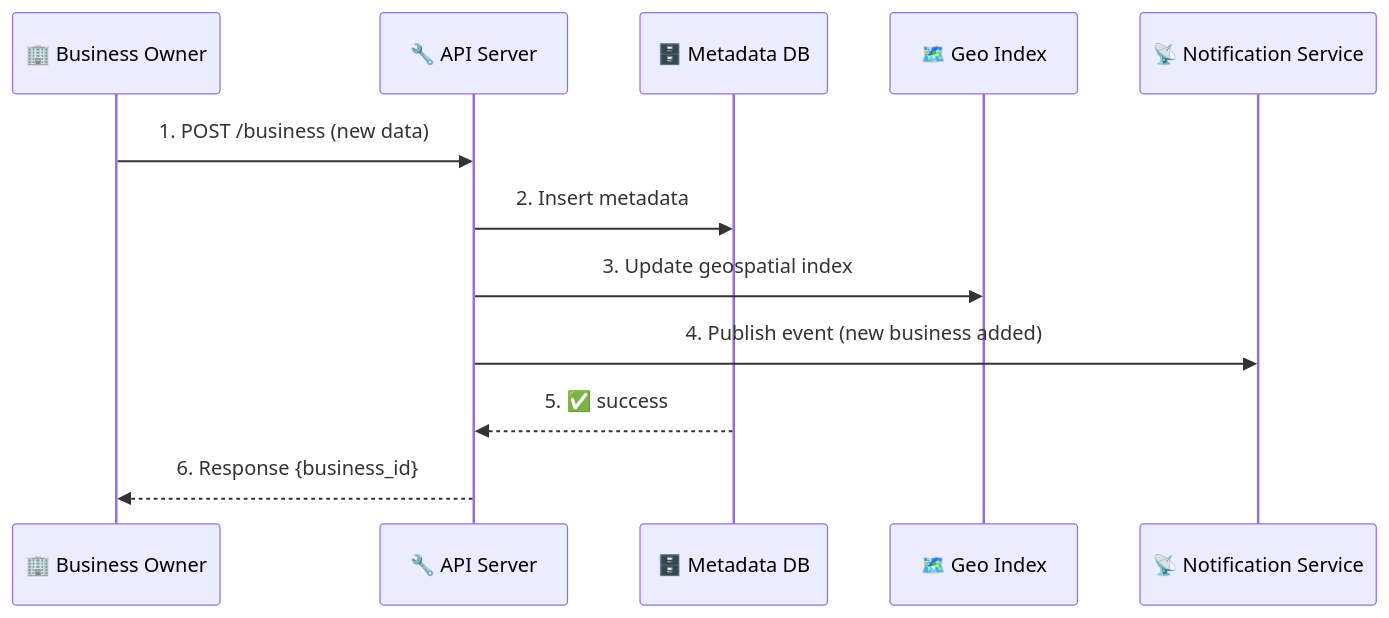
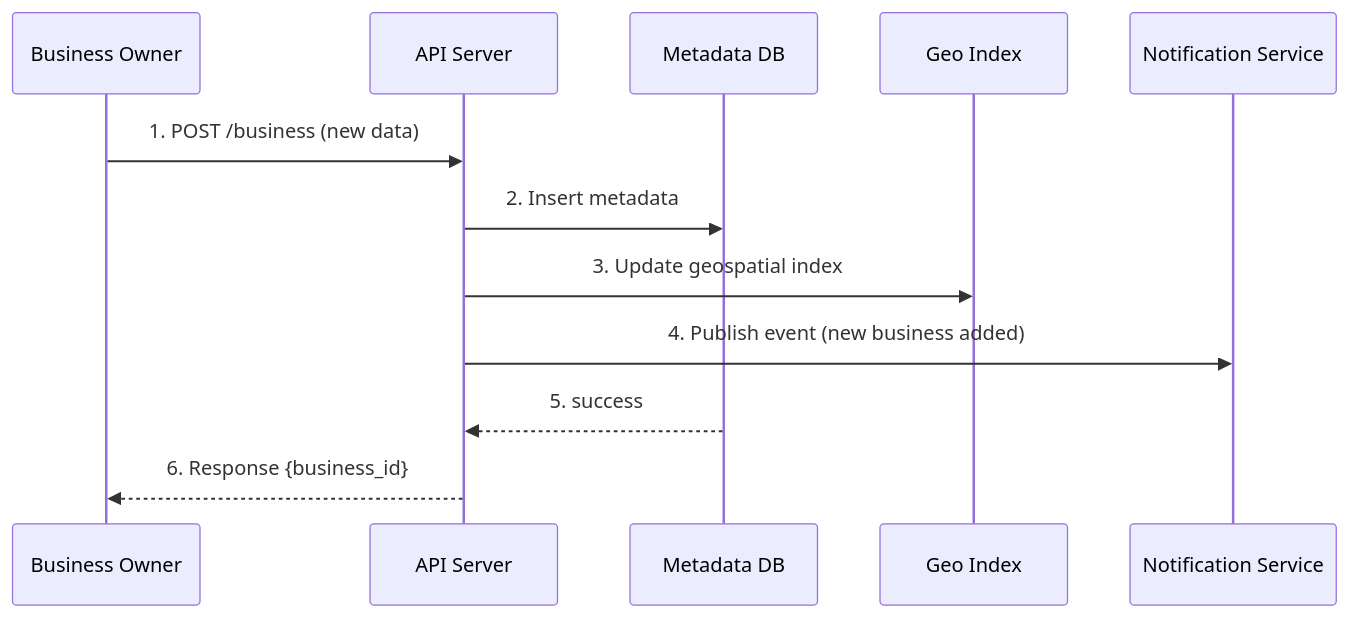
Before and after one commit to NalinDalal/system-design: the third of 6 diagrams in 14.ProximityService.md, drawn with Mermaid. The commit also changed other lines of this file and 1 other file, not shown here.

Commit message:
proximity service

````diff
--- a/14.ProximityService.md
+++ b/14.ProximityService.md
@@ -183,15 +183,15 @@
 ```mermaid
 sequenceDiagram
-    participant BO as 🏢 Business Owner
-    participant API as 🔧 API Server
-    participant DB as 🗄️ Metadata DB
-    participant IDX as 🗺️ Geo Index
-    participant NS as 📡 Notification Service
+    participant BO as  Business Owner
+    participant API as  API Server
+    participant DB as  Metadata DB
+    participant IDX as  Geo Index
+    participant NS as  Notification Service
 
     BO->>API: 1. POST /business (new data)
     API->>DB: 2. Insert metadata
     API->>IDX: 3. Update geospatial index
     API->>NS: 4. Publish event (new business added)
-    DB-->>API: 5. ✅ success
+    DB-->>API: 5.  success
     API-->>BO: 6. Response {business_id}
 ```
````
